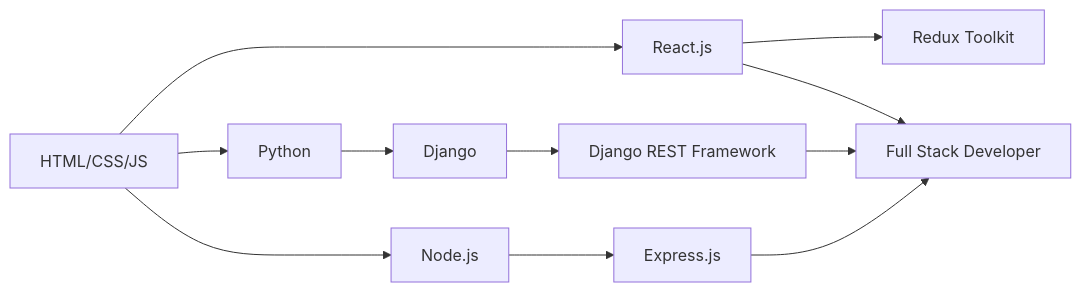
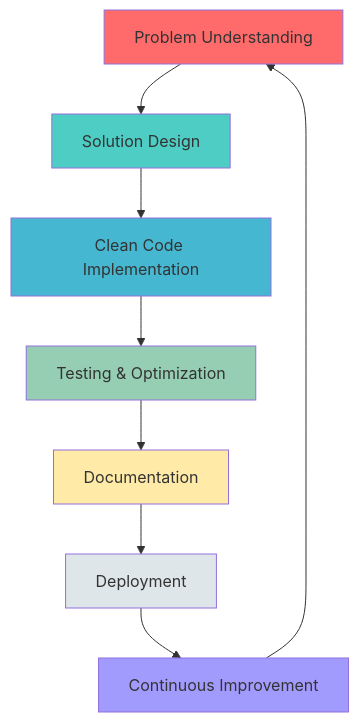
The first of 2 diagrams in README.md (Aryankaushik541/Aryankaushik541), drawn with Mermaid before and after one commit. The commit also changed other lines of this file, not shown here.

Commit message:
🚀 Update profile README with modern design showcasing AI projects and latest work

````diff
--- a/README.md
+++ b/README.md
@@ -193,13 +260,18 @@
 ```mermaid
-graph LR
-    A[HTML/CSS/JS] --> B[React.js]
-    B --> C[Redux Toolkit]
-    A --> D[Python]
-    D --> E[Django]
-    E --> F[Django REST Framework]
-    A --> G[Node.js]
-    G --> H[Express.js]
-    B --> I[Full Stack Developer]
-    F --> I
-    H --> I
+graph TD
+    A[Problem Understanding] --> B[Solution Design]
+    B --> C[Clean Code Implementation]
+    C --> D[Testing & Optimization]
+    D --> E[Documentation]
+    E --> F[Deployment]
+    F --> G[Continuous Improvement]
+    G --> A
+    
+    style A fill:#ff6b6b
+    style B fill:#4ecdc4
+    style C fill:#45b7d1
+    style D fill:#96ceb4
+    style E fill:#ffeaa7
+    style F fill:#dfe6e9
+    style G fill:#a29bfe
 ```
````
